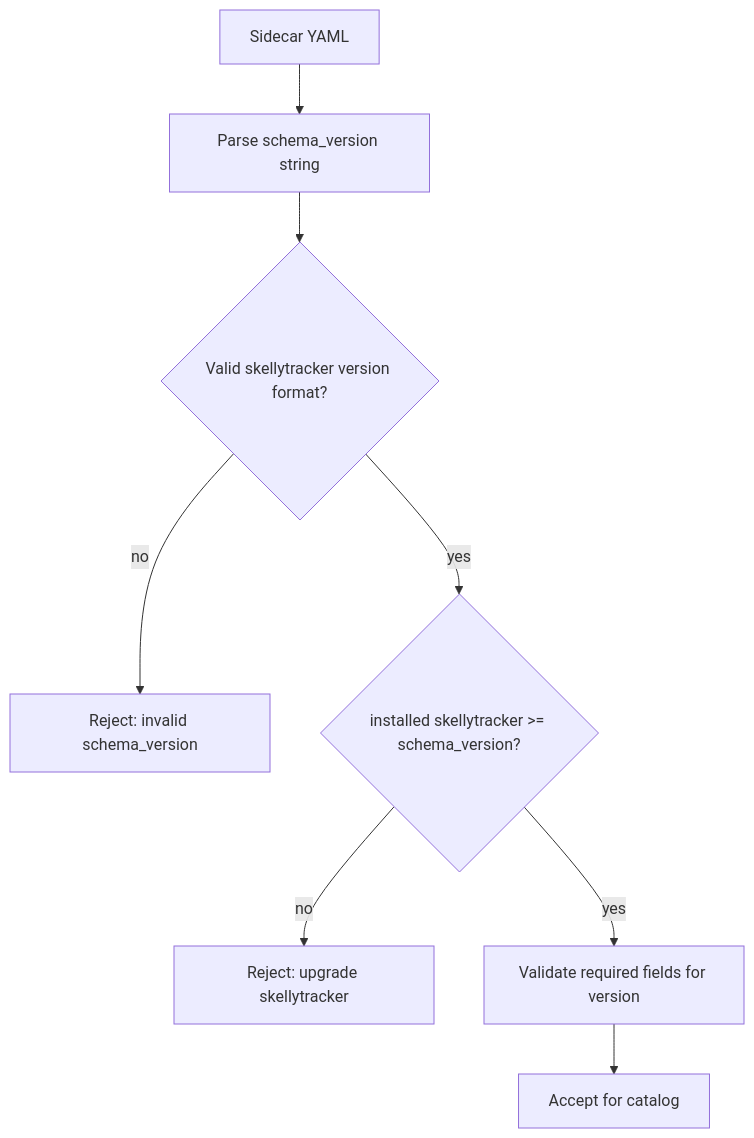
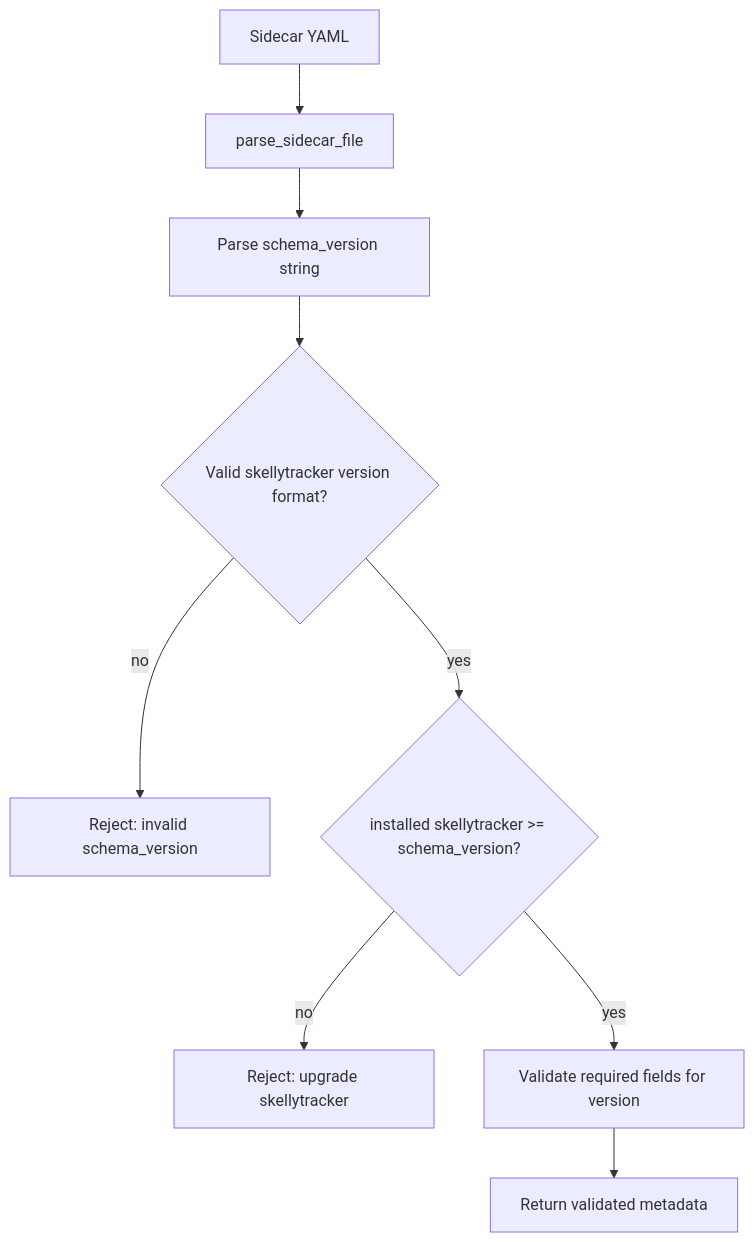
The first of 2 diagrams in plans/40_sidecar_spec_updates.plan.md (domisjustanumber/skellytracker), drawn with Mermaid before and after one commit. The commit also changed other lines of this file and 12 other files, not shown here.

````diff
--- a/plans/40_sidecar_spec_updates.plan.md
+++ b/plans/40_sidecar_spec_updates.plan.md
@@ -186,10 +277,11 @@
 ```mermaid
 flowchart TD
-  sidecar[Sidecar YAML] --> parseVer[Parse schema_version string]
+  sidecar[Sidecar YAML] --> parseFile[parse_sidecar_file]
+  parseFile --> parseVer[Parse schema_version string]
   parseVer --> formatOk{Valid skellytracker version format?}
   formatOk -->|no| rejectFormat[Reject: invalid schema_version]
   formatOk -->|yes| compat{installed skellytracker >= schema_version?}
-  compat -->|no| rejectOld[Reject: upgrade skellytracker]
+  compat -->|no| rejectNew[Reject: upgrade skellytracker]
   compat -->|yes| fields[Validate required fields for version]
-  fields --> ok[Accept for catalog]
+  fields --> ok[Return validated metadata]
 ```
````
